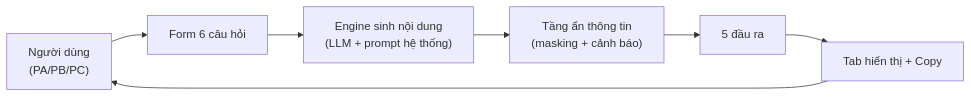
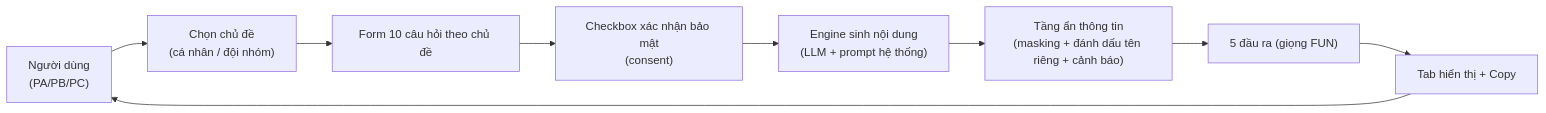
The diagram in docs/02-SRS-CaseStudyBuilder.md (TrangVQ6/story-coders), drawn with Mermaid before and after one commit. The commit also changed other lines of this file and 44 other files, not shown here.

````diff
--- a/docs/02-SRS-CaseStudyBuilder.md
+++ b/docs/02-SRS-CaseStudyBuilder.md
@@ -20,9 +21,11 @@
 ```mermaid
 flowchart LR
-    U["Người dùng<br/>(PA/PB/PC)"] --> F["Form 6 câu hỏi"]
-    F --> E["Engine sinh nội dung<br/>(LLM + prompt hệ thống)"]
-    E --> M["Tầng ẩn thông tin<br/>(masking + cảnh báo)"]
-    M --> O["5 đầu ra"]
-    O --> T["Tab hiển thị + Copy"]
-    T --> U
+    U["Người dùng<br/>(PA/PB/PC)"] --> T["Chọn chủ đề<br/>(cá nhân / đội nhóm)"]
+    T --> F["Form 10 câu hỏi theo chủ đề"]
+    F --> C["Checkbox xác nhận bảo mật<br/>(consent)"]
+    C --> E["Engine sinh nội dung<br/>(LLM + prompt hệ thống)"]
+    E --> M["Tầng ẩn thông tin<br/>(masking + đánh dấu tên riêng + cảnh báo)"]
+    M --> O["5 đầu ra (giọng FUN)"]
+    O --> T2["Tab hiển thị + Copy"]
+    T2 --> U
 ```
````
